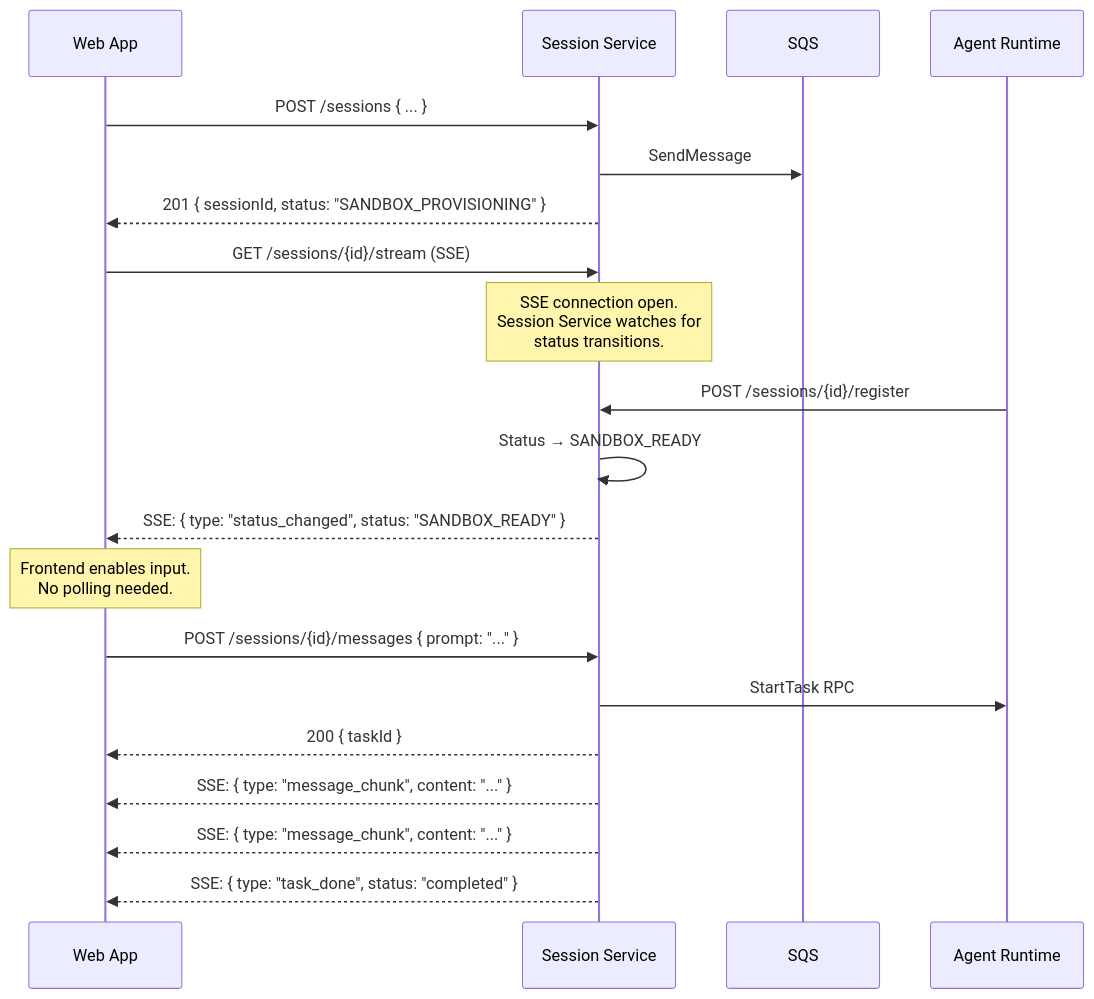
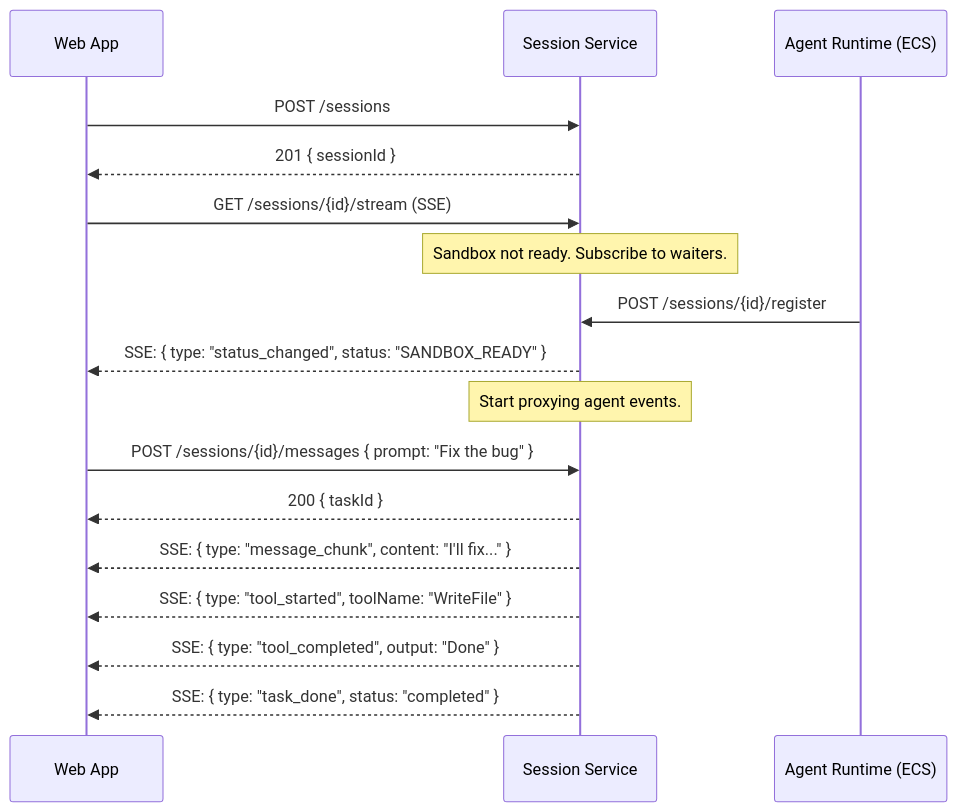
Before and after one commit to suman724/cowork-infra: the third of 5 diagrams in docs/design/simplified-session-api.md, drawn with Mermaid. The commit also changed other lines of this file, not shown here.

First line of the commit message:
docs: rewrite simplified session API — cleaner structure, no polling

````diff
--- a/docs/design/simplified-session-api.md
+++ b/docs/design/simplified-session-api.md
@@ -441,29 +252,24 @@
 ```mermaid
 sequenceDiagram
     participant Web as Web App
     participant SS as Session Service
-    participant SQS as SQS
-    participant Sandbox as Agent Runtime
+    participant Agent as Agent Runtime (ECS)
 
-    Web->>SS: POST /sessions { ... }
-    SS->>SQS: SendMessage
-    SS-->>Web: 201 { sessionId, status: "SANDBOX_PROVISIONING" }
+    Web->>SS: POST /sessions
+    SS-->>Web: 201 { sessionId }
 
     Web->>SS: GET /sessions/{id}/stream (SSE)
-    Note over SS: SSE connection open.<br/>Session Service watches for<br/>status transitions.
+    Note over SS: Sandbox not ready. Subscribe to waiters.
 
-    Sandbox->>SS: POST /sessions/{id}/register
-    SS->>SS: Status → SANDBOX_READY
+    Agent->>SS: POST /sessions/{id}/register
+    SS-->>Web: SSE: { type: "status_changed", status: "SANDBOX_READY" }
+    Note over SS: Start proxying agent events.
 
-    SS-->>Web: SSE: { type: "status_changed", status: "SANDBOX_READY" }
-
-    Note over Web: Frontend enables input.<br/>No polling needed.
-
-    Web->>SS: POST /sessions/{id}/messages { prompt: "..." }
-    SS->>Sandbox: StartTask RPC
+    Web->>SS: POST /sessions/{id}/messages { prompt: "Fix the bug" }
     SS-->>Web: 200 { taskId }
 
-    SS-->>Web: SSE: { type: "message_chunk", content: "..." }
-    SS-->>Web: SSE: { type: "message_chunk", content: "..." }
+    SS-->>Web: SSE: { type: "message_chunk", content: "I'll fix..." }
+    SS-->>Web: SSE: { type: "tool_started", toolName: "WriteFile" }
+    SS-->>Web: SSE: { type: "tool_completed", output: "Done" }
     SS-->>Web: SSE: { type: "task_done", status: "completed" }
 ```
````
